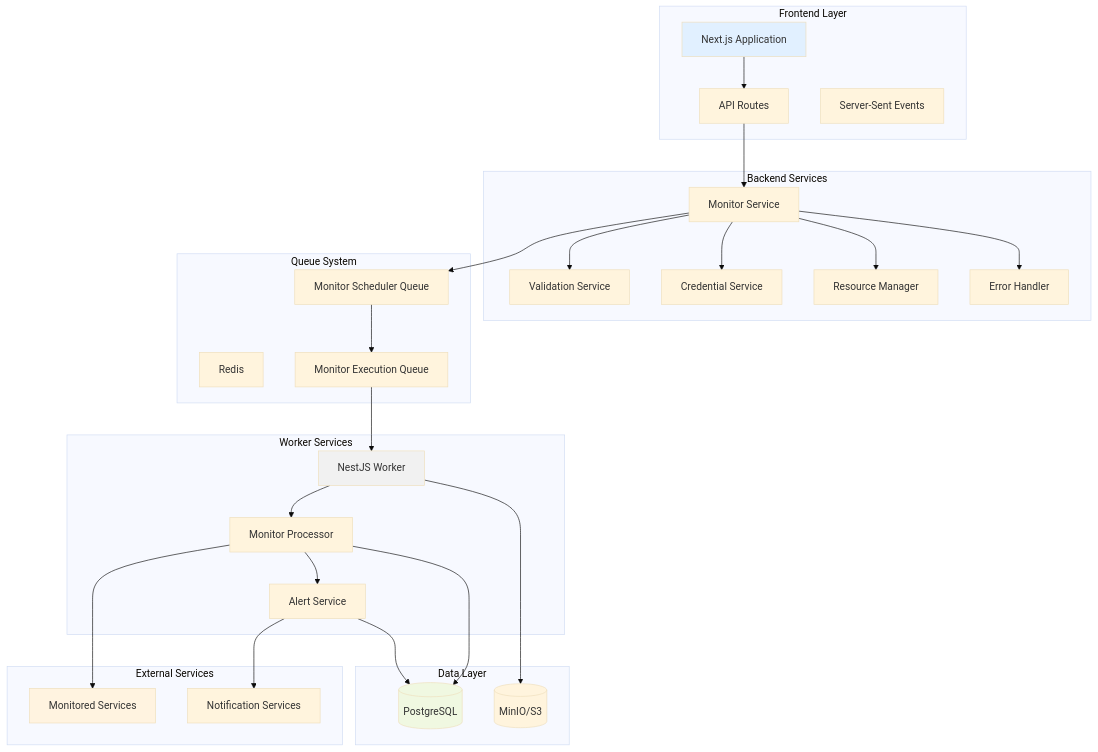
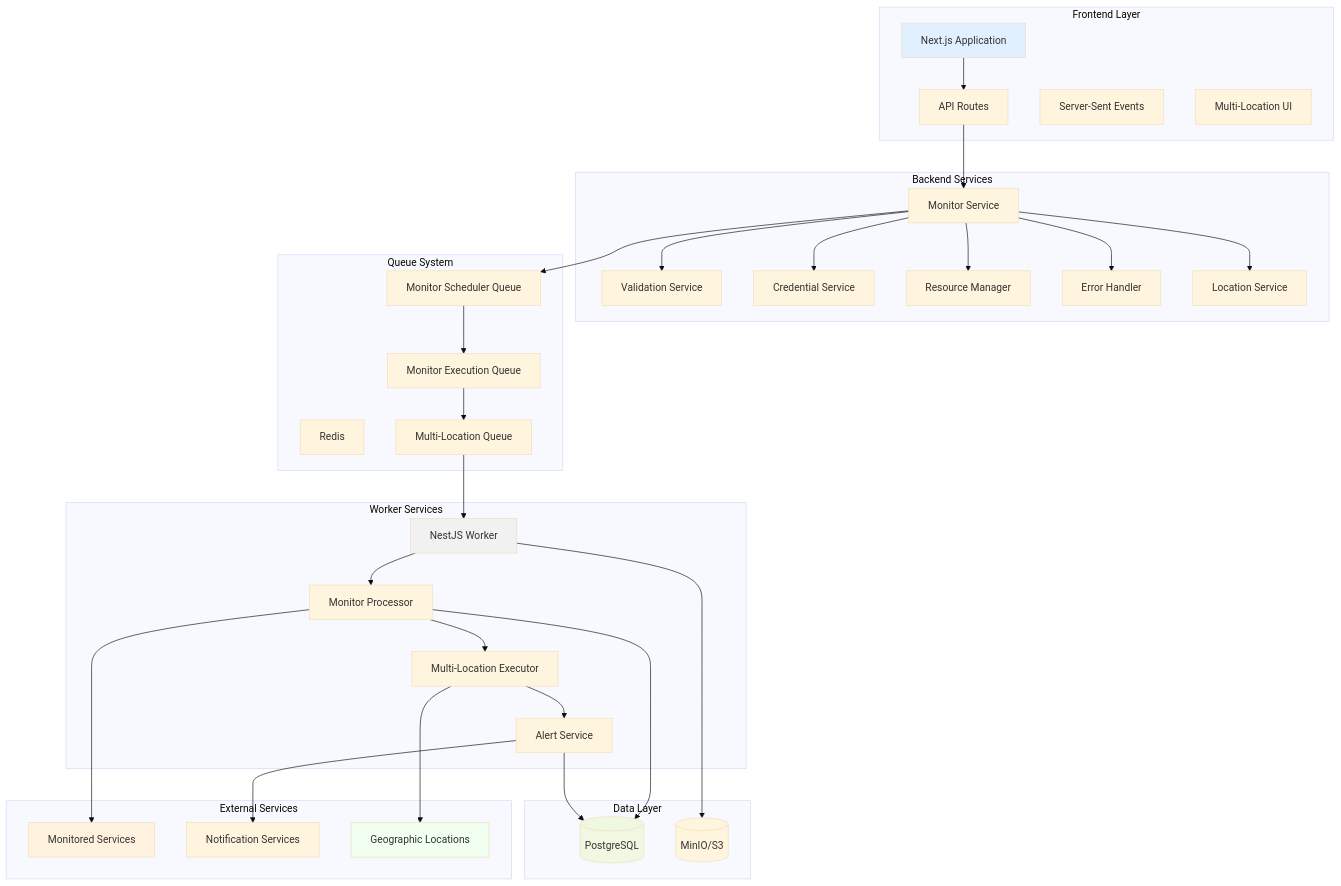
Before and after one commit to supercheck-io/supercheck-core: the first of 17 diagrams in specs/MONITORING_SYSTEM.md, drawn with Mermaid (base theme). The commit also changed other lines of this file and 41 other files, not shown here.

First line of the commit message:
feat(multi-location): enable distributed mode with regional workers and remove simulated delays

````diff
--- a/specs/MONITORING_SYSTEM.md
+++ b/specs/MONITORING_SYSTEM.md
@@ -50,62 +53,72 @@
 ```mermaid
 graph TB
     subgraph "Frontend Layer"
         UI[Next.js Application]
         API[API Routes]
         SSE[Server-Sent Events]
+        ML[Multi-Location UI]
     end
 
     subgraph "Backend Services"
         MS[Monitor Service]
         VS[Validation Service]
         CS[Credential Service]
         RM[Resource Manager]
         EH[Error Handler]
+        LS[Location Service]
     end
 
     subgraph "Queue System"
         RS[Redis]
         MSQ[Monitor Scheduler Queue]
         MEQ[Monitor Execution Queue]
+        MLQ[Multi-Location Queue]
     end
 
     subgraph "Worker Services"
         WS[NestJS Worker]
         MP[Monitor Processor]
         AS[Alert Service]
+        MLE[Multi-Location Executor]
     end
 
     subgraph "Data Layer"
         PG[(PostgreSQL)]
         S3[(MinIO/S3)]
     end
 
     subgraph "External Services"
         ES[Monitored Services]
         NS[Notification Services]
+        LOC[Geographic Locations]
     end
 
     UI --> API
     API --> MS
     MS --> VS
     MS --> CS
     MS --> RM
     MS --> EH
+    MS --> LS
 
     MS --> MSQ
     MSQ --> MEQ
-    MEQ --> WS
+    MEQ --> MLQ
+    MLQ --> WS
     WS --> MP
-    MP --> AS
+    MP --> MLE
+    MLE --> AS
     AS --> NS
 
     MP --> ES
+    MLE --> LOC
     MP --> PG
     AS --> PG
     WS --> S3
 
     style UI fill:#e1f0ff
     style WS fill:#f1f1f1
     style PG fill:#f0f8e1
     style ES fill:#fff3e0
+    style LOC fill:#f0fff0
 ```
````
